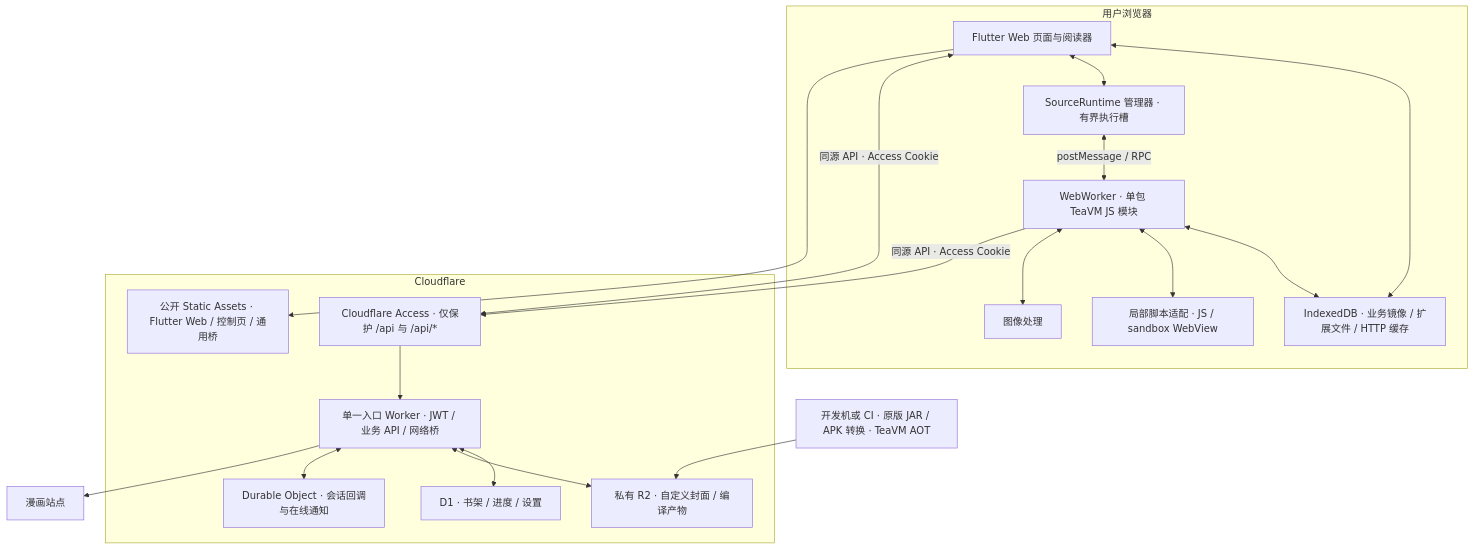
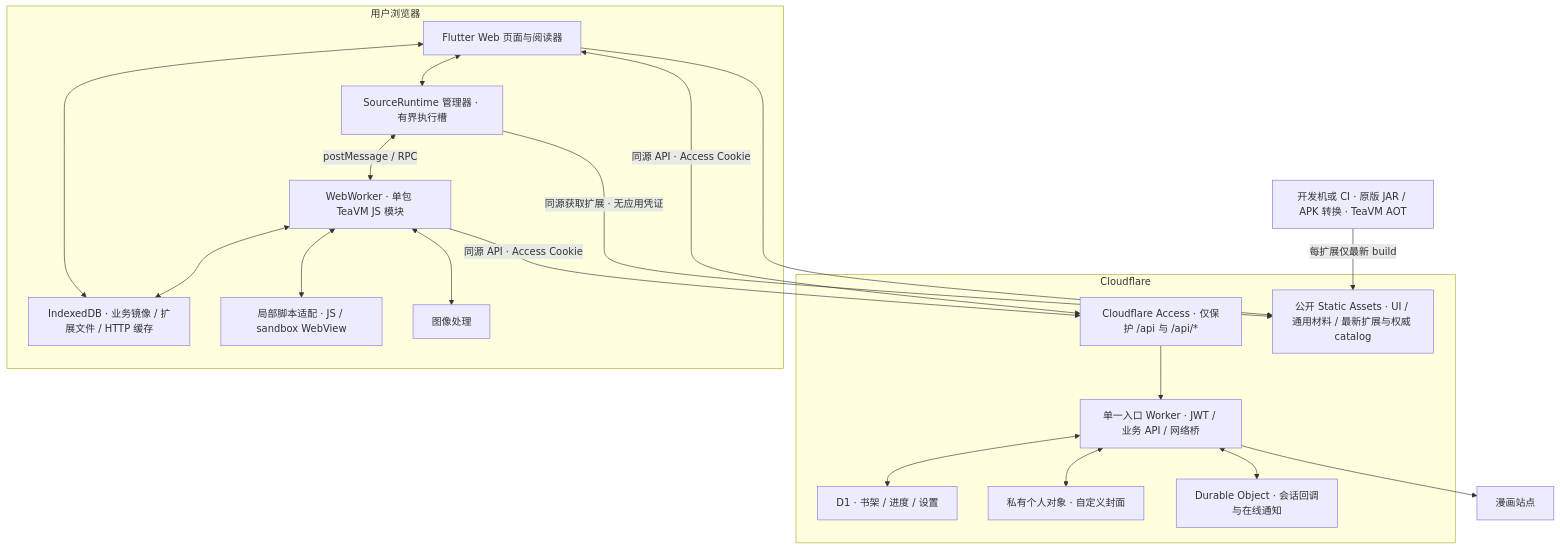
The diagram in docs/design/mihon-web-design.md (Wybxc/karuyomi), drawn with Mermaid before and after one commit. The commit also changed other lines of this file and 42 other files, not shown here.

````diff
--- a/docs/design/mihon-web-design.md
+++ b/docs/design/mihon-web-design.md
@@ -79,34 +81,36 @@
 ```mermaid
 flowchart TB
-  Build[开发机或 CI · 原版 JAR / APK 转换 · TeaVM AOT] --> R2
+  Build[开发机或 CI · 原版 JAR / APK 转换 · TeaVM AOT]
   subgraph Browser[用户浏览器]
     UI[Flutter Web 页面与阅读器]
     Local[IndexedDB · 业务镜像 / 扩展文件 / HTTP 缓存]
     Runtime[SourceRuntime 管理器 · 有界执行槽]
     Tea[WebWorker · 单包 TeaVM JS 模块]
     Scripts[局部脚本适配 · JS / sandbox WebView]
     Images[图像处理]
     UI <--> Local
     UI <--> Runtime
     Runtime <-->|postMessage / RPC| Tea
     Tea <--> Local
     Tea <--> Scripts
     Tea <--> Images
   end
   subgraph CF[Cloudflare]
     Access[Cloudflare Access · 仅保护 /api 与 /api/*]
     App[单一入口 Worker · JWT / 业务 API / 网络桥]
     DO[Durable Object · 会话回调与在线通知]
     DB[D1 · 书架 / 进度 / 设置]
-    R2[私有 R2 · 自定义封面 / 编译产物]
-    Assets[公开 Static Assets · Flutter Web / 控制页 / 通用桥]
+    R2[私有个人对象 · 自定义封面]
+    Assets[公开 Static Assets · UI / 通用材料 / 最新扩展与权威 catalog]
     Access --> App
     App <--> DB
     App <--> R2
     App <--> DO
   end
   UI <-->|同源 API · Access Cookie| Access
   UI --> Assets
+  Build -->|每扩展仅最新 build| Assets
+  Runtime -->|同源获取扩展 · 无应用凭证| Assets
   Tea -->|同源 API · Access Cookie| Access
   App --> Sites[漫画站点]
 ```
````
